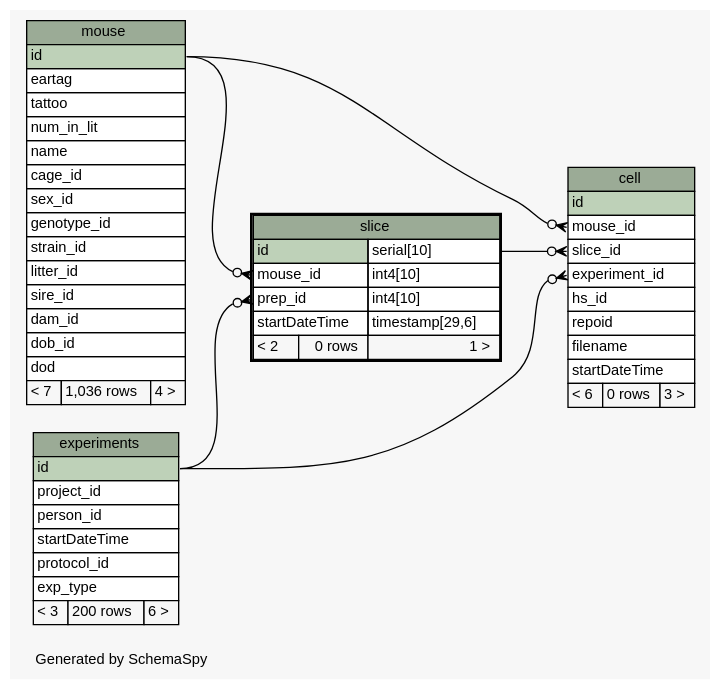
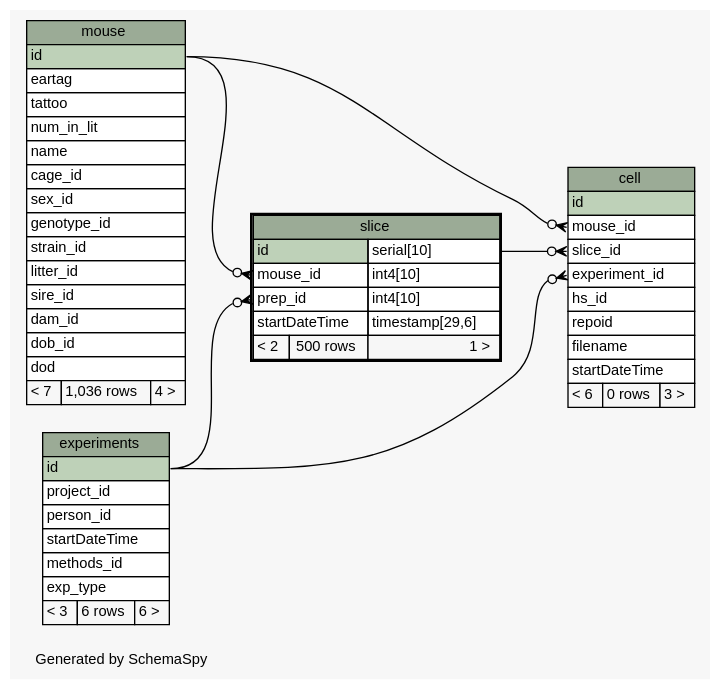
Before and after one commit to tgbugs/mlab: the diagram in database/ss/diagrams/slice.1degree.dot, drawn with Graphviz. The commit also changed 204 other files, not shown here.

Commit message:
got the hardware working as a tree, removed explicit amp and headstage classes, updated schemaspy

```diff
--- a/database/ss/diagrams/slice.1degree.dot
+++ b/database/ss/diagrams/slice.1degree.dot
@@ -1,95 +1,95 @@
 // dot 2.32.0 on Windows 7 6.1
 // SchemaSpy rev 590
 digraph "oneDegreeRelationshipsDiagram" {
   graph [
     rankdir="RL"
     bgcolor="#f7f7f7"
     label="\nGenerated by SchemaSpy"
     labeljust="l"
     nodesep="0.18"
     ranksep="0.46"
     fontname="Helvetica"
     fontsize="11"
   ];
   node [
     fontname="Helvetica"
     fontsize="11"
     shape="plaintext"
   ];
   edge [
     arrowsize="0.8"
   ];
   "cell":"experiment_id":w -> "experiments":"id":e [arrowhead=none dir=back arrowtail=crowodot];
   "cell":"mouse_id":w -> "mouse":"id":e [arrowhead=none dir=back arrowtail=crowodot];
   "cell":"slice_id":w -> "slice":"id.type":e [arrowhead=none dir=back arrowtail=crowodot];
   "slice":"mouse_id":w -> "mouse":"id":e [arrowhead=none dir=back arrowtail=crowodot];
   "slice":"prep_id":w -> "experiments":"id":e [arrowhead=none dir=back arrowtail=crowodot];
   "cell" [
     label=<
     <TABLE BORDER="0" CELLBORDER="1" CELLSPACING="0" BGCOLOR="#ffffff">
       <TR><TD COLSPAN="3" BGCOLOR="#9bab96" ALIGN="CENTER">cell</TD></TR>
       <TR><TD PORT="id" COLSPAN="3" BGCOLOR="#bed1b8" ALIGN="LEFT">id</TD></TR>
       <TR><TD PORT="mouse_id" COLSPAN="3" ALIGN="LEFT">mouse_id</TD></TR>
       <TR><TD PORT="slice_id" COLSPAN="3" ALIGN="LEFT">slice_id</TD></TR>
       <TR><TD PORT="experiment_id" COLSPAN="3" ALIGN="LEFT">experiment_id</TD></TR>
       <TR><TD PORT="hs_id" COLSPAN="3" ALIGN="LEFT">hs_id</TD></TR>
       <TR><TD PORT="repoid" COLSPAN="3" ALIGN="LEFT">repoid</TD></TR>
       <TR><TD PORT="filename" COLSPAN="3" ALIGN="LEFT">filename</TD></TR>
       <TR><TD PORT="startDateTime" COLSPAN="3" ALIGN="LEFT">startDateTime</TD></TR>
       <TR><TD ALIGN="LEFT" BGCOLOR="#f7f7f7">&lt; 6</TD><TD ALIGN="RIGHT" BGCOLOR="#f7f7f7">0 rows</TD><TD ALIGN="RIGHT" BGCOLOR="#f7f7f7">3 &gt;</TD></TR>
     </TABLE>>
     URL="cell.html"
     tooltip="cell"
   ];
   "experiments" [
     label=<
     <TABLE BORDER="0" CELLBORDER="1" CELLSPACING="0" BGCOLOR="#ffffff">
       <TR><TD COLSPAN="3" BGCOLOR="#9bab96" ALIGN="CENTER">experiments</TD></TR>
       <TR><TD PORT="id" COLSPAN="3" BGCOLOR="#bed1b8" ALIGN="LEFT">id</TD></TR>
       <TR><TD PORT="project_id" COLSPAN="3" ALIGN="LEFT">project_id</TD></TR>
       <TR><TD PORT="person_id" COLSPAN="3" ALIGN="LEFT">person_id</TD></TR>
       <TR><TD PORT="startDateTime" COLSPAN="3" ALIGN="LEFT">startDateTime</TD></TR>
-      <TR><TD PORT="protocol_id" COLSPAN="3" ALIGN="LEFT">protocol_id</TD></TR>
+      <TR><TD PORT="methods_id" COLSPAN="3" ALIGN="LEFT">methods_id</TD></TR>
       <TR><TD PORT="exp_type" COLSPAN="3" ALIGN="LEFT">exp_type</TD></TR>
-      <TR><TD ALIGN="LEFT" BGCOLOR="#f7f7f7">&lt; 3</TD><TD ALIGN="RIGHT" BGCOLOR="#f7f7f7">200 rows</TD><TD ALIGN="RIGHT" BGCOLOR="#f7f7f7">6 &gt;</TD></TR>
+      <TR><TD ALIGN="LEFT" BGCOLOR="#f7f7f7">&lt; 3</TD><TD ALIGN="RIGHT" BGCOLOR="#f7f7f7">6 rows</TD><TD ALIGN="RIGHT" BGCOLOR="#f7f7f7">6 &gt;</TD></TR>
     </TABLE>>
     URL="experiments.html"
     tooltip="experiments"
   ];
   "mouse" [
     label=<
     <TABLE BORDER="0" CELLBORDER="1" CELLSPACING="0" BGCOLOR="#ffffff">
       <TR><TD COLSPAN="3" BGCOLOR="#9bab96" ALIGN="CENTER">mouse</TD></TR>
       <TR><TD PORT="id" COLSPAN="3" BGCOLOR="#bed1b8" ALIGN="LEFT">id</TD></TR>
       <TR><TD PORT="eartag" COLSPAN="3" ALIGN="LEFT">eartag</TD></TR>
       <TR><TD PORT="tattoo" COLSPAN="3" ALIGN="LEFT">tattoo</TD></TR>
       <TR><TD PORT="num_in_lit" COLSPAN="3" ALIGN="LEFT">num_in_lit</TD></TR>
       <TR><TD PORT="name" COLSPAN="3" ALIGN="LEFT">name</TD></TR>
       <TR><TD PORT="cage_id" COLSPAN="3" ALIGN="LEFT">cage_id</TD></TR>
       <TR><TD PORT="sex_id" COLSPAN="3" ALIGN="LEFT">sex_id</TD></TR>
       <TR><TD PORT="genotype_id" COLSPAN="3" ALIGN="LEFT">genotype_id</TD></TR>
       <TR><TD PORT="strain_id" COLSPAN="3" ALIGN="LEFT">strain_id</TD></TR>
       <TR><TD PORT="litter_id" COLSPAN="3" ALIGN="LEFT">litter_id</TD></TR>
       <TR><TD PORT="sire_id" COLSPAN="3" ALIGN="LEFT">sire_id</TD></TR>
       <TR><TD PORT="dam_id" COLSPAN="3" ALIGN="LEFT">dam_id</TD></TR>
       <TR><TD PORT="dob_id" COLSPAN="3" ALIGN="LEFT">dob_id</TD></TR>
       <TR><TD PORT="dod" COLSPAN="3" ALIGN="LEFT">dod</TD></TR>
       <TR><TD ALIGN="LEFT" BGCOLOR="#f7f7f7">&lt; 7</TD><TD ALIGN="RIGHT" BGCOLOR="#f7f7f7">1,036 rows</TD><TD ALIGN="RIGHT" BGCOLOR="#f7f7f7">4 &gt;</TD></TR>
     </TABLE>>
     URL="mouse.html"
     tooltip="mouse"
   ];
   "slice" [
     label=<
     <TABLE BORDER="2" CELLBORDER="1" CELLSPACING="0" BGCOLOR="#ffffff">
       <TR><TD COLSPAN="3" BGCOLOR="#9bab96" ALIGN="CENTER">slice</TD></TR>
       <TR><TD PORT="id" COLSPAN="2" BGCOLOR="#bed1b8" ALIGN="LEFT">id</TD><TD PORT="id.type" ALIGN="LEFT">serial[10]</TD></TR>
       <TR><TD PORT="mouse_id" COLSPAN="2" ALIGN="LEFT">mouse_id</TD><TD PORT="mouse_id.type" ALIGN="LEFT">int4[10]</TD></TR>
       <TR><TD PORT="prep_id" COLSPAN="2" ALIGN="LEFT">prep_id</TD><TD PORT="prep_id.type" ALIGN="LEFT">int4[10]</TD></TR>
       <TR><TD PORT="startDateTime" COLSPAN="2" ALIGN="LEFT">startDateTime</TD><TD PORT="startDateTime.type" ALIGN="LEFT">timestamp[29,6]</TD></TR>
-      <TR><TD ALIGN="LEFT" BGCOLOR="#f7f7f7">&lt; 2</TD><TD ALIGN="RIGHT" BGCOLOR="#f7f7f7">0 rows</TD><TD ALIGN="RIGHT" BGCOLOR="#f7f7f7">1 &gt;</TD></TR>
+      <TR><TD ALIGN="LEFT" BGCOLOR="#f7f7f7">&lt; 2</TD><TD ALIGN="RIGHT" BGCOLOR="#f7f7f7">500 rows</TD><TD ALIGN="RIGHT" BGCOLOR="#f7f7f7">1 &gt;</TD></TR>
     </TABLE>>
     URL="slice.html"
     tooltip="slice"
   ];
 }
```
